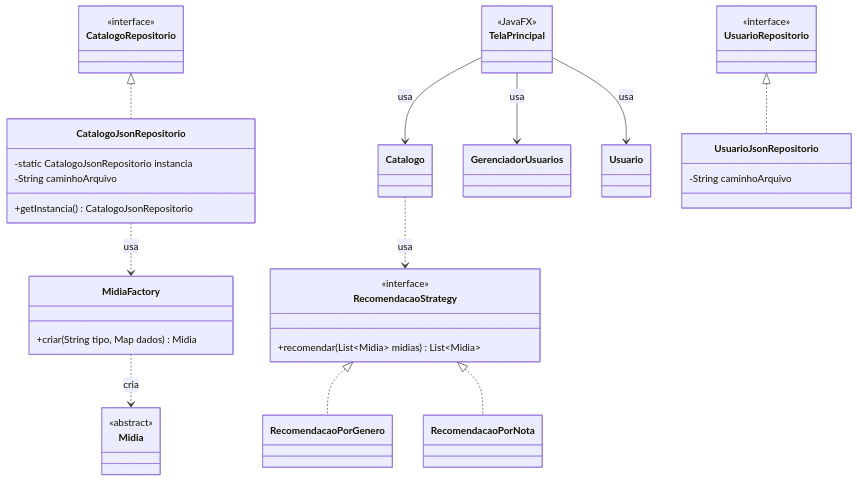
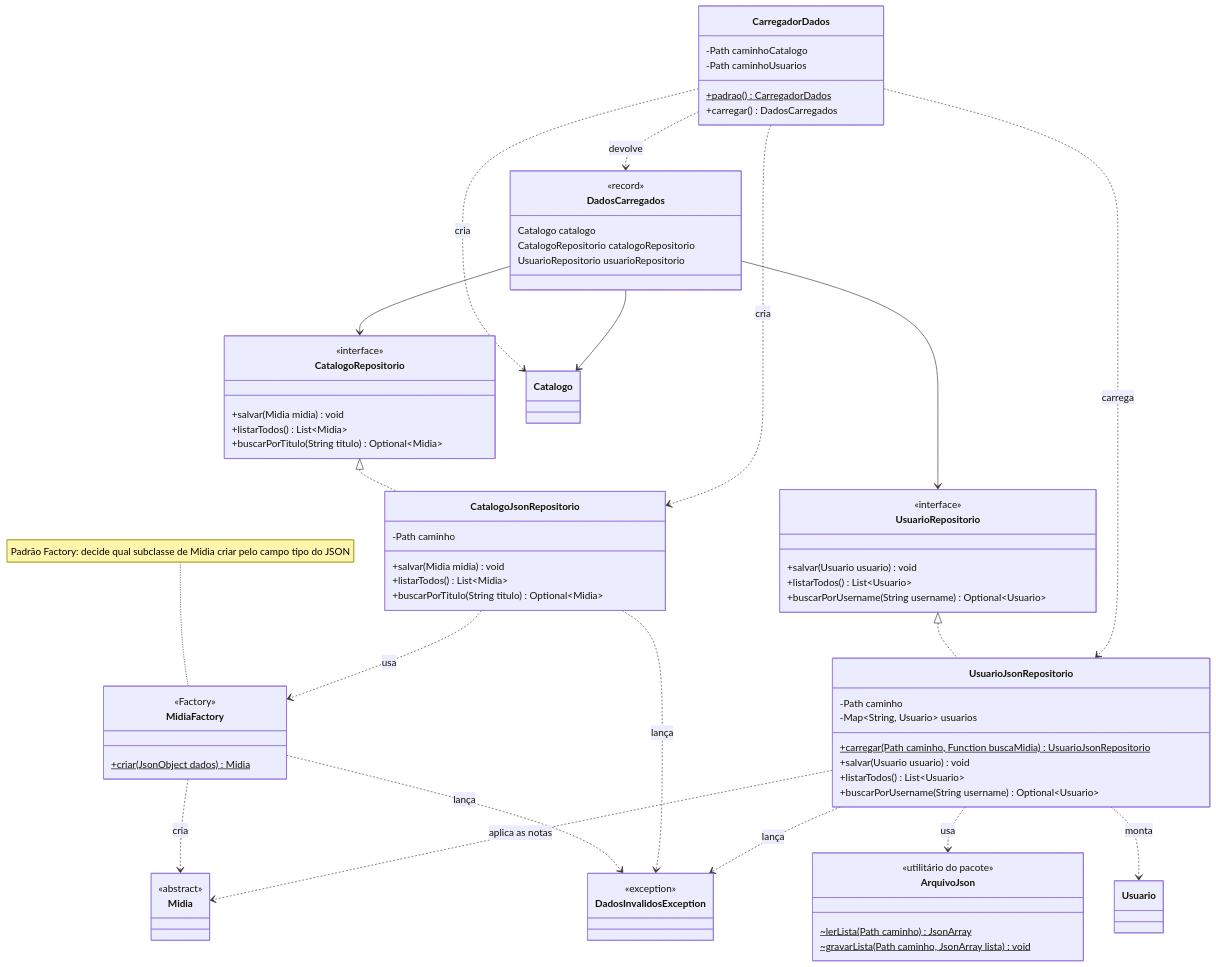
Before and after one commit to jope7/imdflix: the third of 4 diagrams in docs/diagrama-classes.md, drawn with Mermaid. The commit also changed other lines of this file and 8 other files, not shown here.

````diff
--- a/docs/diagrama-classes.md
+++ b/docs/diagrama-classes.md
@@ -149,53 +206,91 @@
 classDiagram
     direction TB
 
+    class CatalogoRepositorio {
+        <<interface>>
+        +salvar(Midia midia) void
+        +listarTodos() List~Midia~
+        +buscarPorTitulo(String titulo) Optional~Midia~
+    }
+
+    class UsuarioRepositorio {
+        <<interface>>
+        +salvar(Usuario usuario) void
+        +listarTodos() List~Usuario~
+        +buscarPorUsername(String username) Optional~Usuario~
+    }
+
+    class CatalogoJsonRepositorio {
+        -Path caminho
+        +salvar(Midia midia) void
+        +listarTodos() List~Midia~
+        +buscarPorTitulo(String titulo) Optional~Midia~
+    }
+
+    class UsuarioJsonRepositorio {
+        -Path caminho
+        -Map~String, Usuario~ usuarios
+        +carregar(Path caminho, Function buscaMidia)$ UsuarioJsonRepositorio
+        +salvar(Usuario usuario) void
+        +listarTodos() List~Usuario~
+        +buscarPorUsername(String username) Optional~Usuario~
+    }
+
+    class MidiaFactory {
+        <<Factory>>
+        +criar(JsonObject dados)$ Midia
+    }
+
+    class ArquivoJson {
+        <<utilitário do pacote>>
+        ~lerLista(Path caminho)$ JsonArray
+        ~gravarLista(Path caminho, JsonArray lista)$ void
+    }
+
+    class CarregadorDados {
+        -Path caminhoCatalogo
+        -Path caminhoUsuarios
+        +padrao()$ CarregadorDados
+        +carregar() DadosCarregados
+    }
+
+    class DadosCarregados {
+        <<record>>
+        Catalogo catalogo
+        CatalogoRepositorio catalogoRepositorio
+        UsuarioRepositorio usuarioRepositorio
+    }
+
+    class DadosInvalidosException {
+        <<exception>>
+    }
+
+    class Catalogo
     class Midia {
         <<abstract>>
     }
     class Usuario
-    class Catalogo
-    class GerenciadorUsuarios
-
-    class CatalogoRepositorio {
-        <<interface>>
-    }
-    class UsuarioRepositorio {
-        <<interface>>
-    }
-
-    class CatalogoJsonRepositorio {
-        -static CatalogoJsonRepositorio instancia
-        -String caminhoArquivo
-        +getInstancia() CatalogoJsonRepositorio
-    }
-
-    class UsuarioJsonRepositorio {
-        -String caminhoArquivo
-    }
-
-    class MidiaFactory {
-        +criar(String tipo, Map dados) Midia
-    }
-
-    class RecomendacaoStrategy {
-        <<interface>>
-        +recomendar(List~Midia~ midias) List~Midia~
-    }
-    class RecomendacaoPorGenero
-    class RecomendacaoPorNota
-
-    class TelaPrincipal {
-        <<JavaFX>>
-    }
 
     CatalogoRepositorio <|.. CatalogoJsonRepositorio
     UsuarioRepositorio <|.. UsuarioJsonRepositorio
+
     CatalogoJsonRepositorio ..> MidiaFactory : usa
     MidiaFactory ..> Midia : cria
-    Catalogo ..> RecomendacaoStrategy : usa
-    RecomendacaoStrategy <|.. RecomendacaoPorGenero
-    RecomendacaoStrategy <|.. RecomendacaoPorNota
-    TelaPrincipal --> Catalogo : usa
-    TelaPrincipal --> GerenciadorUsuarios : usa
-    TelaPrincipal --> Usuario : usa
+    UsuarioJsonRepositorio ..> ArquivoJson : usa
+    UsuarioJsonRepositorio ..> Usuario : monta
+    UsuarioJsonRepositorio ..> Midia : aplica as notas
+
+    CarregadorDados ..> CatalogoJsonRepositorio : cria
+    CarregadorDados ..> Catalogo : cria
+    CarregadorDados ..> UsuarioJsonRepositorio : carrega
+    CarregadorDados ..> DadosCarregados : devolve
+    DadosCarregados --> Catalogo
+    DadosCarregados --> CatalogoRepositorio
+    DadosCarregados --> UsuarioRepositorio
+
+    MidiaFactory ..> DadosInvalidosException : lança
+    CatalogoJsonRepositorio ..> DadosInvalidosException : lança
+    UsuarioJsonRepositorio ..> DadosInvalidosException : lança
+
+    note for MidiaFactory "Padrão Factory: decide qual subclasse de Midia criar pelo campo tipo do JSON"
 ```
````
